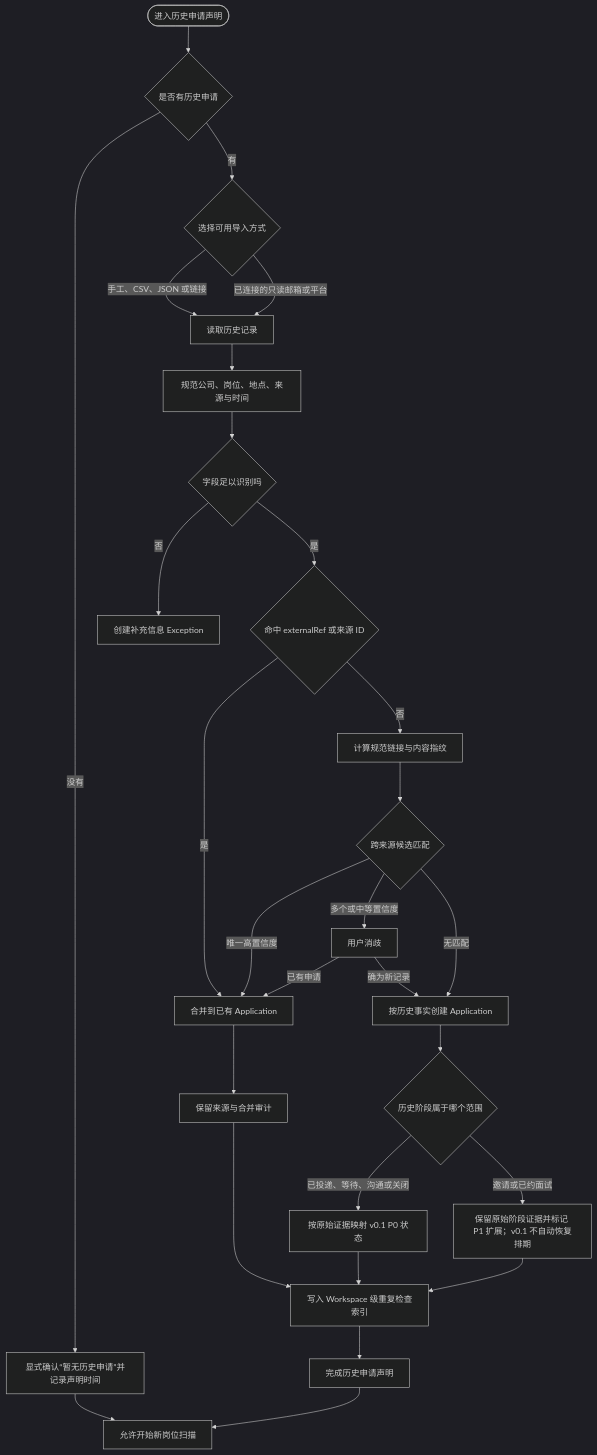
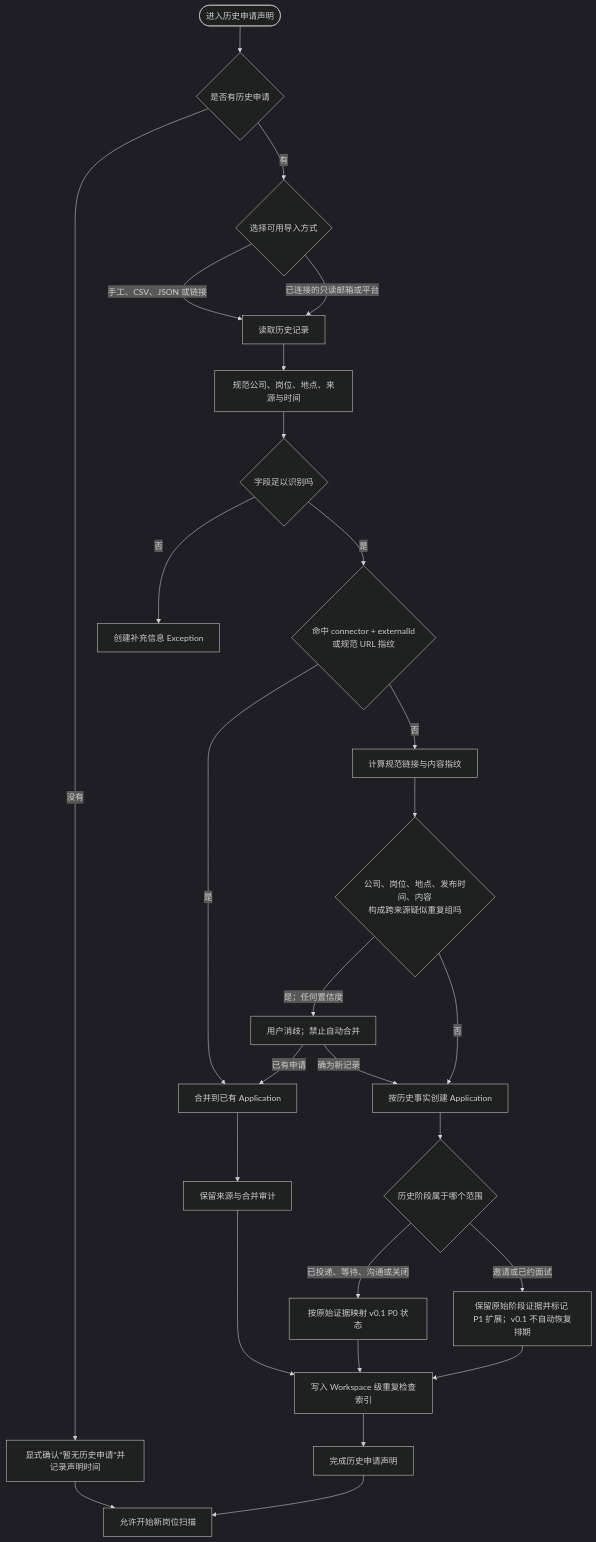
The second of 21 diagrams in docs/product/uml/04-activity-flows.md (AnnCYW-cm/rolefox), drawn with Mermaid (dark theme) before and after one commit. The commit also changed other lines of this file and 22 other files, not shown here.

Commit message:
docs: accept v0.1 product and UML baseline

````diff
--- a/docs/product/uml/04-activity-flows.md
+++ b/docs/product/uml/04-activity-flows.md
@@ -60,33 +83,32 @@
 ```mermaid
 flowchart TB
     %% @anchor HISTORY_DECLARED
     %% @anchor HISTORY_NONE
     %% @anchor DEDUP_REVIEW
     Start([进入历史申请声明]) --> HasHistory{是否有历史申请}
     HasHistory -->|没有| None[显式确认“暂无历史申请”并记录声明时间]
     None --> Scan[允许开始新岗位扫描]
     HasHistory -->|有| Source{选择可用导入方式}
     Source -->|手工、CSV、JSON 或链接| Input[读取历史记录]
     Source -->|已连接的只读邮箱或平台| Input
     Input --> Normalize[规范公司、岗位、地点、来源与时间]
     Normalize --> Validate{字段足以识别吗}
     Validate -->|否| NeedInfo[创建补充信息 Exception]
-    Validate -->|是| Exact{命中 externalRef 或来源 ID}
+    Validate -->|是| Exact{命中 connector + externalId<br/>或规范 URL 指纹}
     Exact -->|是| Merge[合并到已有 Application]
     Exact -->|否| Fingerprint[计算规范链接与内容指纹]
-    Fingerprint --> Candidate{跨来源候选匹配}
-    Candidate -->|唯一高置信度| Merge
-    Candidate -->|多个或中等置信度| Disambiguate[用户消歧]
-    Candidate -->|无匹配| Create[按历史事实创建 Application]
+    Fingerprint --> Candidate{公司、岗位、地点、发布时间、内容<br/>构成跨来源疑似重复组吗}
+    Candidate -->|是；任何置信度| Disambiguate[用户消歧；禁止自动合并]
+    Candidate -->|否| Create[按历史事实创建 Application]
     Disambiguate -->|已有申请| Merge
     Disambiguate -->|确为新记录| Create
     Merge --> Preserve[保留来源与合并审计]
     Create --> MapStage{历史阶段属于哪个范围}
     MapStage -->|已投递、等待、沟通或关闭| P0Stage[按原始证据映射 v0.1 P0 状态]
     MapStage -->|邀请或已约面试| P1Stage[保留原始阶段证据并标记 P1 扩展；v0.1 不自动恢复排期]
     Preserve --> GlobalDedupe[写入 Workspace 级重复检查索引]
     P0Stage --> GlobalDedupe
     P1Stage --> GlobalDedupe
     GlobalDedupe --> Declared[完成历史申请声明]
     Declared --> Scan
 ```
````
